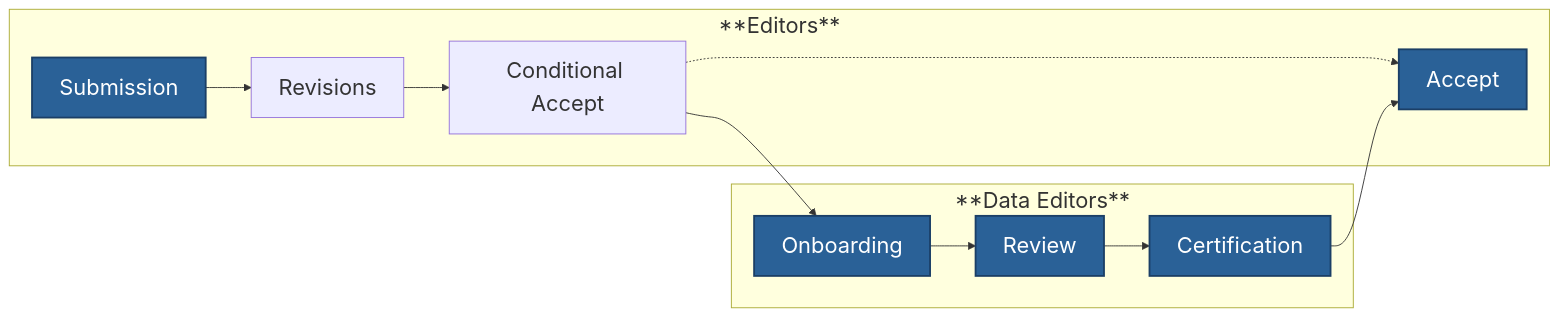
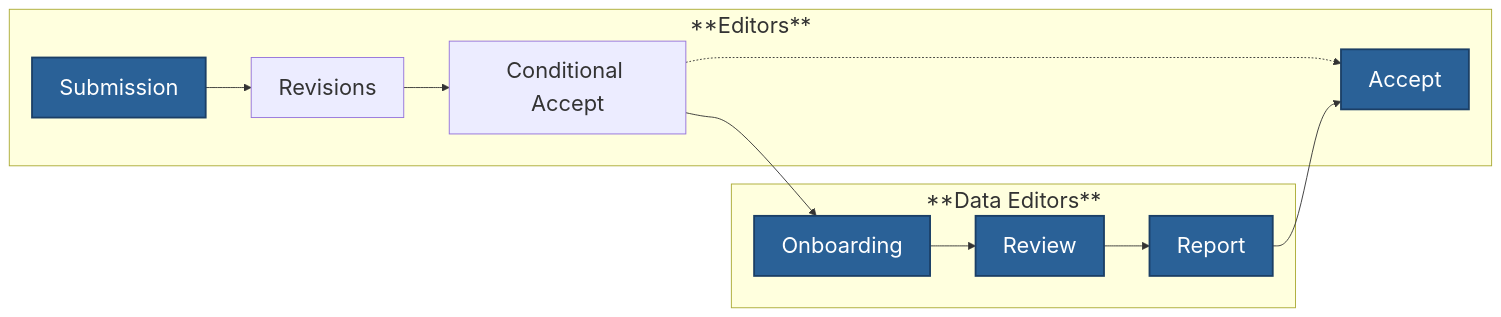
The diagram in index.qmd (review-of-financial-studies/review-of-financial-studies.github.io), drawn with Mermaid before and after one commit. The commit also changed other lines of this file and 2 other files, not shown here.

Commit message:
Switch certification wording to report

````diff
--- a/index.qmd
+++ b/index.qmd
@@ -12,27 +12,27 @@
 ```{mermaid}
 %%{init: {"themeVariables": { "fontSize": "24px"}}}%%
 flowchart LR
     subgraph Editors["**Editors**"]
         A[Submission]
         B[Revisions]
         C["Conditional Accept"]
         D[Accept]
     end
 
     subgraph DataEditors["**Data Editors**"]
         E[Onboarding]
         F[Review]
-        G[Certification]
+        G[Report]
     end
 
     A --> B --> C
     C -.-> D
 
     C --> E --> F --> G --> D
 
     style A fill:#2a6197,stroke:#1b3f66,stroke-width:2px,color:white
     style E fill:#2a6197,stroke:#1b3f66,stroke-width:2px,color:white
     style F fill:#2a6197,stroke:#1b3f66,stroke-width:2px,color:white
     style G fill:#2a6197,stroke:#1b3f66,stroke-width:2px,color:white
     style D fill:#2a6197,stroke:#1b3f66,stroke-width:2px,color:white
 ```
````
